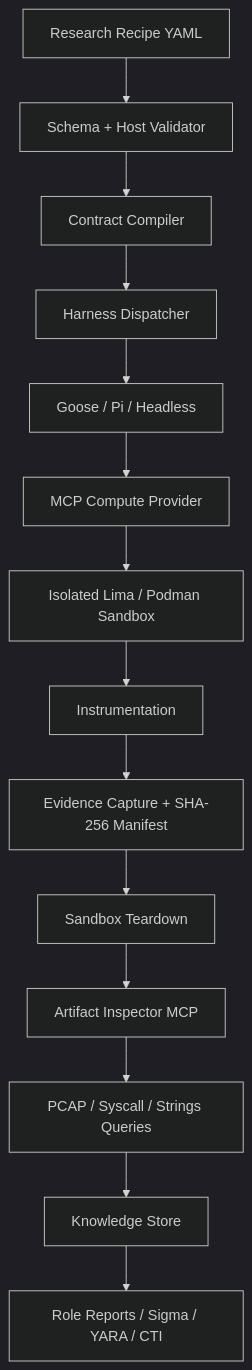
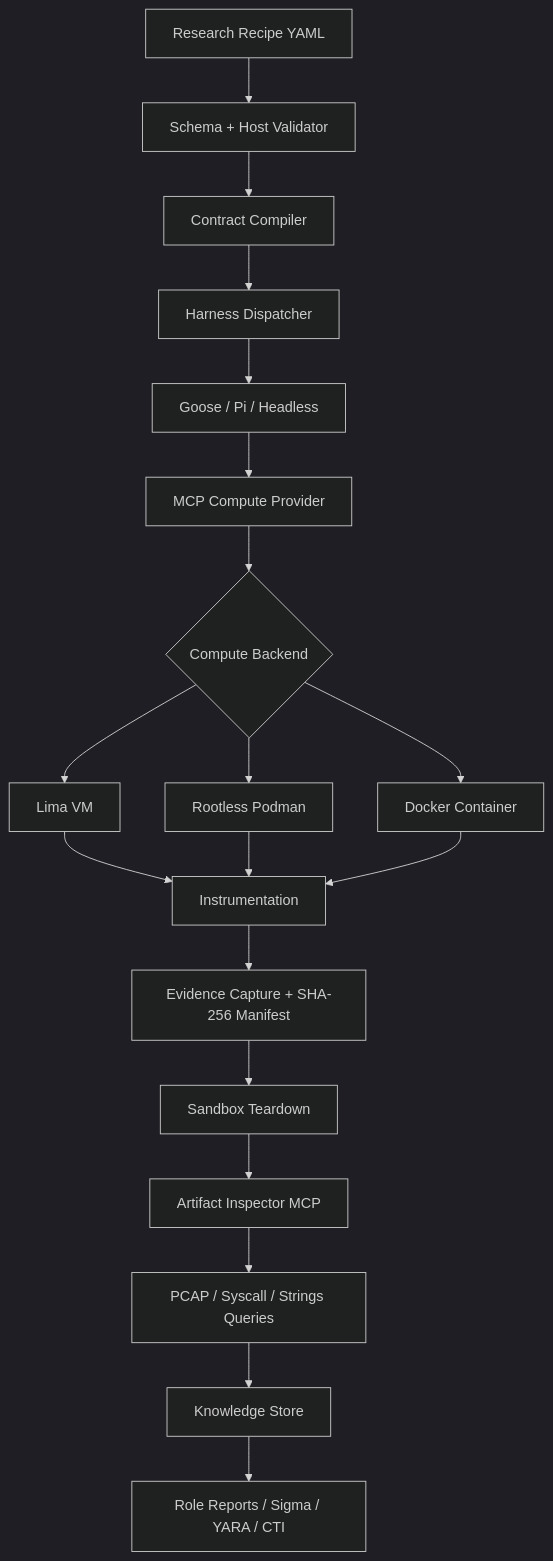
Before and after one commit to Opposum0112/Decretum: the diagram in README.md, drawn with Mermaid (dark theme). The commit also changed other lines of this file, not shown here.

Commit message:
docs: document Lima Podman and Docker compute backends

````diff
--- a/README.md
+++ b/README.md
@@ -9,16 +19,21 @@
 ```mermaid
 flowchart TD
     R[Research Recipe YAML] --> V[Schema + Host Validator]
     V --> C[Contract Compiler]
     C --> D[Harness Dispatcher]
     D --> H[Goose / Pi / Headless]
     H --> M[MCP Compute Provider]
-    M --> S[Isolated Lima / Podman Sandbox]
-    S --> I[Instrumentation]
+    M --> P{Compute Backend}
+    P --> L[Lima VM]
+    P --> O[Rootless Podman]
+    P --> K[Docker Container]
+    L --> I[Instrumentation]
+    O --> I
+    K --> I
     I --> E[Evidence Capture + SHA-256 Manifest]
     E --> X[Sandbox Teardown]
     X --> T[Artifact Inspector MCP]
     T --> Q[PCAP / Syscall / Strings Queries]
     Q --> G[Knowledge Store]
-    G --> P[Role Reports / Sigma / YARA / CTI]
+    G --> P2[Role Reports / Sigma / YARA / CTI]
 ```
````
